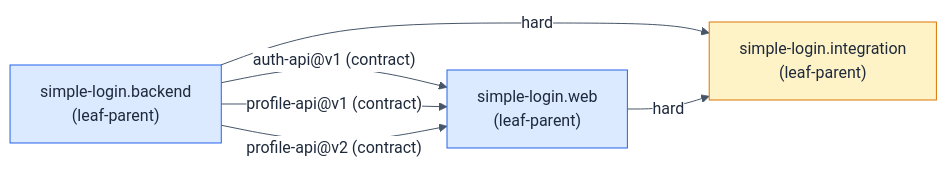
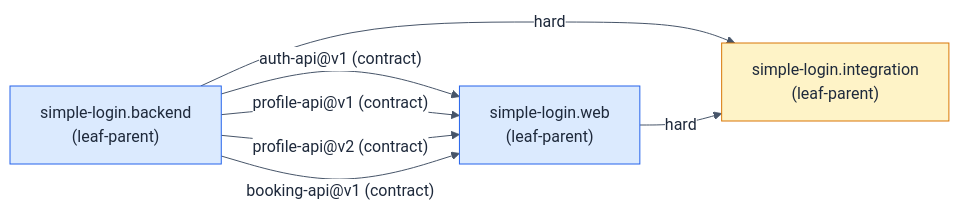
Before and after one commit to mpurbo/hsdd: the diagram in docs/tutorial/meeting-rooms/execute/hsdd/spec/simple-login.md, drawn with Mermaid. The commit also changed other lines of this file and 9 other files, not shown here.

````diff
--- a/docs/tutorial/meeting-rooms/execute/hsdd/spec/simple-login.md
+++ b/docs/tutorial/meeting-rooms/execute/hsdd/spec/simple-login.md
@@ -123,17 +123,18 @@
 ```mermaid
 %%{init:{'theme':'base','themeVariables':{'primaryTextColor':'#1e293b','lineColor':'#475569','edgeLabelBackground':'#ffffff','tertiaryTextColor':'#1e293b'}}}%%
 flowchart LR
     be["simple-login.backend<br/>(leaf-parent)"]
     we["simple-login.web<br/>(leaf-parent)"]
     it["simple-login.integration<br/>(leaf-parent)"]
 
     be -- "auth-api@v1 (contract)" --> we
     be -- "profile-api@v1 (contract)" --> we
     be -- "profile-api@v2 (contract)" --> we
+    be -- "booking-api@v1 (contract)" --> we
     be -- "hard" --> it
     we -- "hard" --> it
 
     style be fill:#dbeafe,stroke:#2563eb,color:#1e293b
     style we fill:#dbeafe,stroke:#2563eb,color:#1e293b
     style it fill:#fef3c7,stroke:#d97706,color:#1e293b
 ```
````
